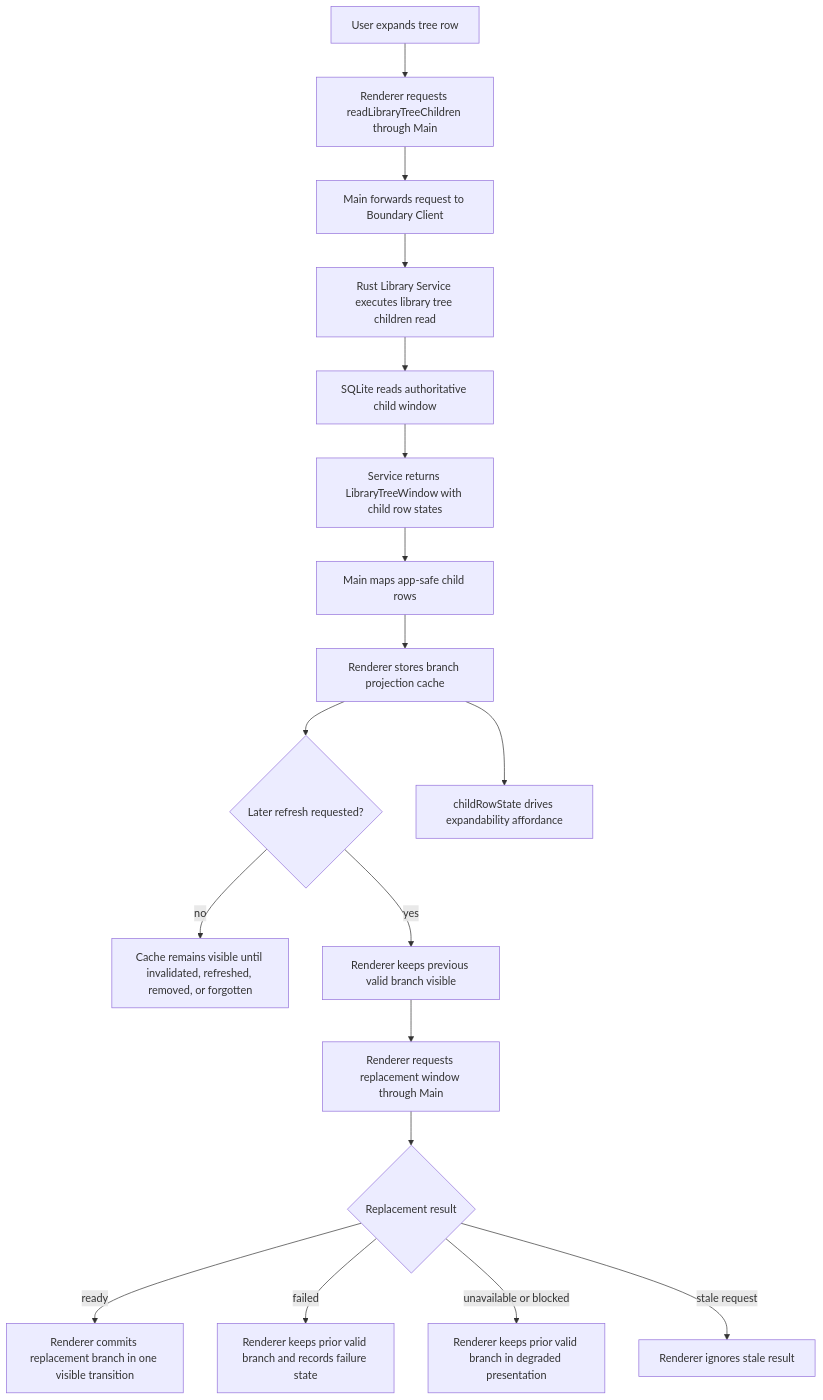
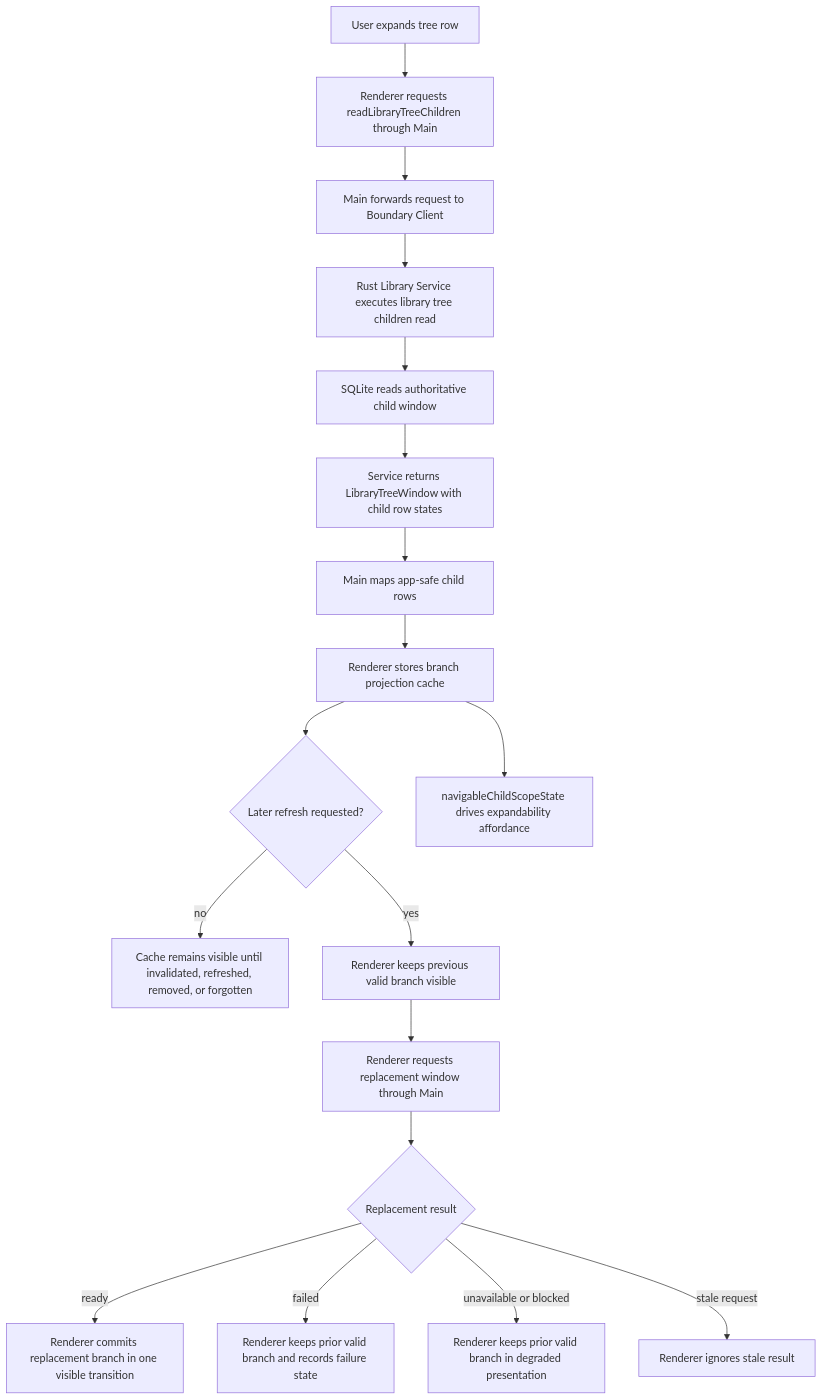
Before and after one commit to maikeleckelboom/dekzer-legacy: the eighth of 14 diagrams in docs/library/library-substrate-e2e-flow-diagrams.md, drawn with Mermaid. The commit also changed other lines of this file and 19 other files, not shown here.

````diff
--- a/docs/library/library-substrate-e2e-flow-diagrams.md
+++ b/docs/library/library-substrate-e2e-flow-diagrams.md
@@ -474,20 +476,20 @@
 ```mermaid
 flowchart TD
   A["User expands tree row"] --> B["Renderer requests readLibraryTreeChildren through Main"]
   B --> C["Main forwards request to Boundary Client"]
   C --> D["Rust Library Service executes library tree children read"]
   D --> E["SQLite reads authoritative child window"]
   E --> F["Service returns LibraryTreeWindow with child row states"]
   F --> G["Main maps app-safe child rows"]
   G --> H["Renderer stores branch projection cache"]
   H --> I{"Later refresh requested?"}
   I -->|" no "| J["Cache remains visible until invalidated, refreshed, removed, or forgotten"]
   I -->|" yes "| K["Renderer keeps previous valid branch visible"]
   K --> L["Renderer requests replacement window through Main"]
   L --> M{"Replacement result"}
   M -->|" ready "| N["Renderer commits replacement branch in one visible transition"]
   M -->|" failed "| O["Renderer keeps prior valid branch and records failure state"]
   M -->|" unavailable or blocked "| P["Renderer keeps prior valid branch in degraded presentation"]
   M -->|" stale request "| Q["Renderer ignores stale result"]
-  H --> R["childRowState drives expandability affordance"]
+  H --> R["navigableChildScopeState drives expandability affordance"]
 ```
````
